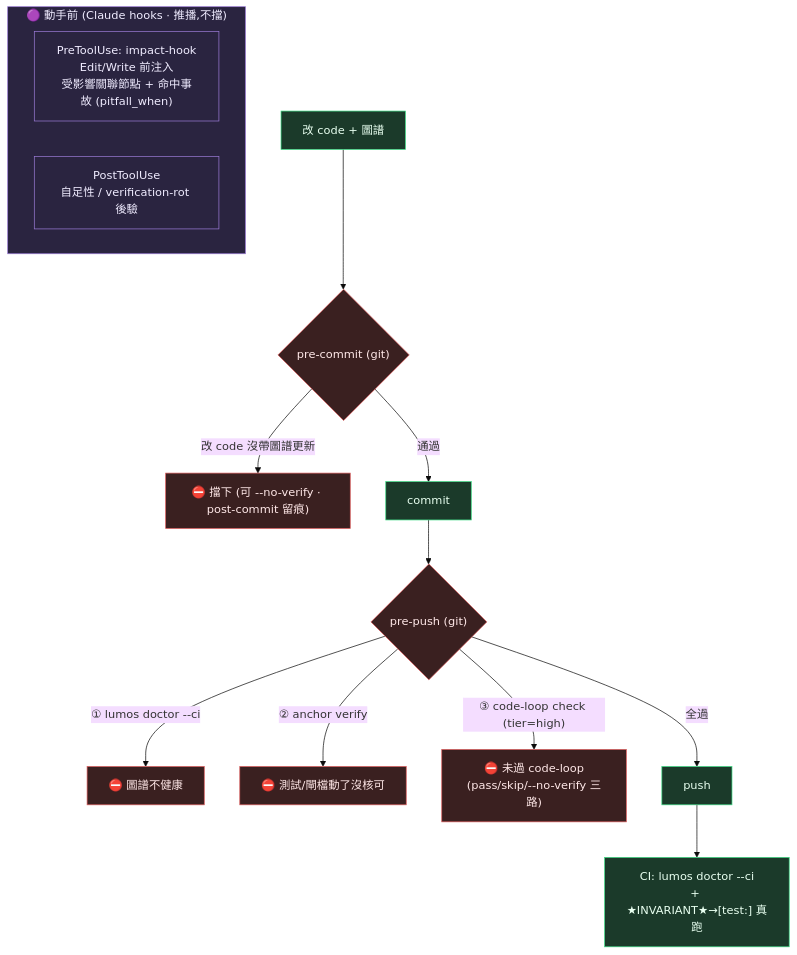
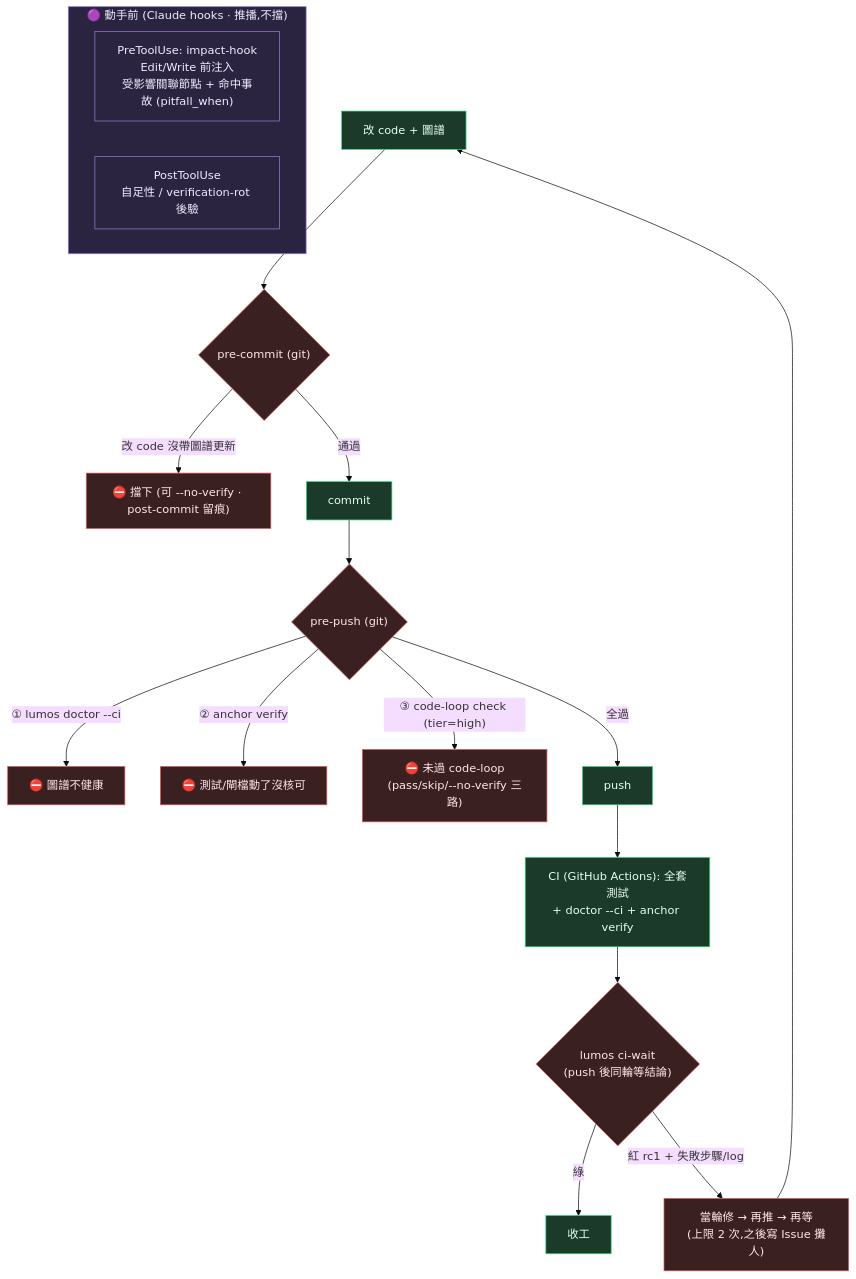
The fourth of 4 diagrams in ARCHITECTURE.md (EnzoHsieh-Android/Lumos), drawn with Mermaid (base theme) before and after one commit. The commit also changed other lines of this file and 7 other files, not shown here.

````diff
--- a/ARCHITECTURE.md
+++ b/ARCHITECTURE.md
@@ -135,25 +135,30 @@
 ```mermaid
 flowchart TB
     subgraph BEFORE["🟣 動手前 (Claude hooks · 推播,不擋)"]
         PRE["PreToolUse: impact-hook<br/>Edit/Write 前注入<br/>受影響關聯節點 + 命中事故 (pitfall_when)"]
         POSTT["PostToolUse<br/>自足性 / verification-rot 後驗"]
     end
 
     EDIT["改 code + 圖譜"] --> PC{"pre-commit (git)"}
     PC -->|"改 code 沒帶圖譜更新"| BLOCK["⛔ 擋下 (可 --no-verify · post-commit 留痕)"]
     PC -->|通過| COMMIT["commit"]
 
     COMMIT --> PUSH{"pre-push (git)"}
     PUSH -->|"① lumos doctor --ci"| PB1["⛔ 圖譜不健康"]
     PUSH -->|"② anchor verify"| PB2["⛔ 測試/閘檔動了沒核可"]
     PUSH -->|"③ code-loop check (tier=high)"| PB3["⛔ 未過 code-loop<br/>(pass/skip/--no-verify 三路)"]
     PUSH -->|全過| PASS["push"]
-    PASS --> CI["CI: lumos doctor --ci<br/>+ ★INVARIANT★→[test:] 真跑"]
+    PASS --> CI["CI (GitHub Actions): 全套測試<br/>+ doctor --ci + anchor verify"]
+    CI --> WAIT{"lumos ci-wait<br/>(push 後同輪等結論)"}
+    WAIT -->|綠| DONE["收工"]
+    WAIT -->|"紅 rc1 + 失敗步驟/log"| FIX["當輪修 → 再推 → 再等<br/>(上限 2 次,之後寫 Issue 攤人)"]
+    FIX --> EDIT
 
     classDef gate fill:#3a2020,stroke:#dc5b5b,color:#ffe8e8
     classDef ok fill:#1b3a2a,stroke:#3ddc84,color:#e8fff0
     classDef push fill:#2a2440,stroke:#9a7bd6,color:#f0ecff
     class PC,PUSH,BLOCK,PB1,PB2,PB3 gate
-    class COMMIT,PASS,CI,EDIT ok
+    class COMMIT,PASS,CI,EDIT,DONE ok
+    class WAIT,FIX gate
     class BEFORE,PRE,POSTT push
 ```
````
